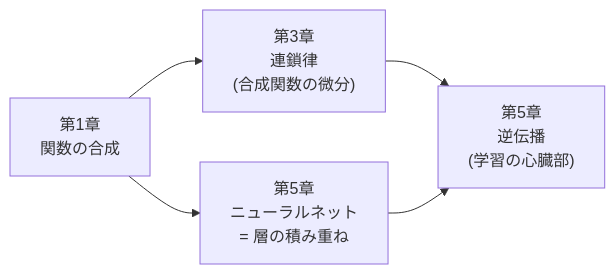
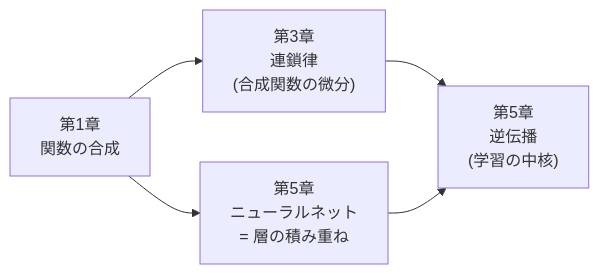
The third of 3 diagrams in 01-functions-and-symbols.md (shin4488/learning-transformer), drawn with Mermaid before and after one commit. The commit also changed other lines of this file and 16 other files, not shown here.

````diff
--- a/01-functions-and-symbols.md
+++ b/01-functions-and-symbols.md
@@ -617,7 +603,7 @@
 ```mermaid
 graph LR
     A["第1章<br>関数の合成"] --> B["第3章<br>連鎖律<br>(合成関数の微分)"]
     A --> C["第5章<br>ニューラルネット<br>= 層の積み重ね"]
-    B --> D["第5章<br>逆伝播<br>(学習の心臓部)"]
+    B --> D["第5章<br>逆伝播<br>(学習の中核)"]
     C --> D
 ```
````
